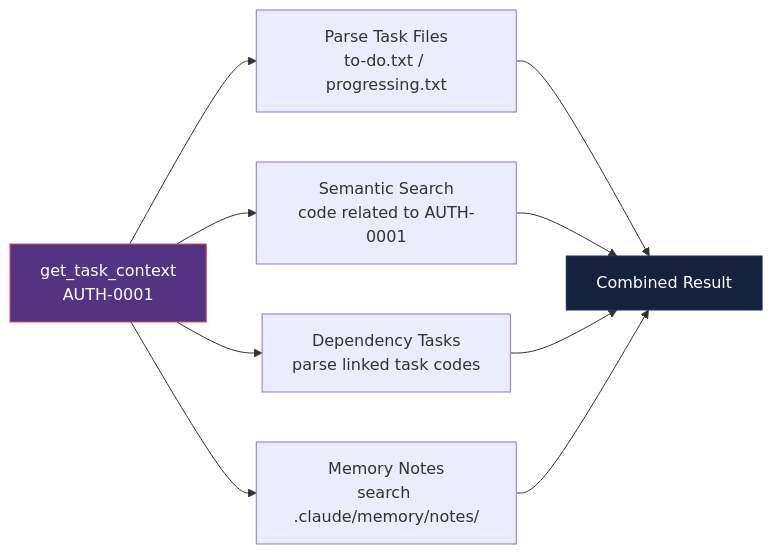
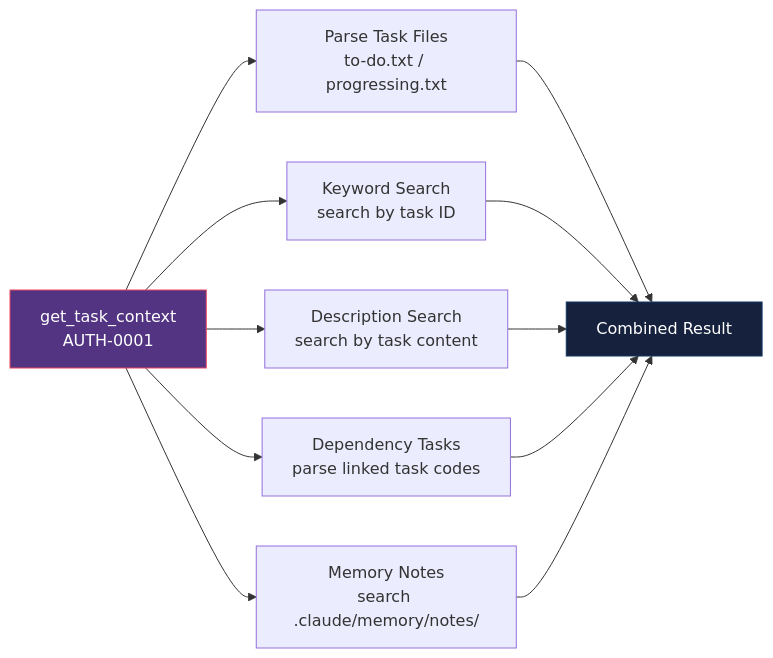
One commit to dnviti/claude-task-development-framework changed the seventh of 11 diagrams in docs/mcp-vector-memory.md. Above: the diagram before and after it, drawn with Mermaid. The commit also changed other lines of this file and 10 other files, not shown here.

````diff
--- a/docs/mcp-vector-memory.md
+++ b/docs/mcp-vector-memory.md
@@ -565,15 +615,17 @@
 ```mermaid
 flowchart LR
     TC["get_task_context<br>AUTH-0001"] --> TF["Parse Task Files<br>to-do.txt / progressing.txt"]
-    TC --> SS["Semantic Search<br>code related to AUTH-0001"]
+    TC --> SS1["Keyword Search<br>search by task ID"]
+    TC --> SS2["Description Search<br>search by task content"]
     TC --> DT["Dependency Tasks<br>parse linked task codes"]
     TC --> MN["Memory Notes<br>search .claude/memory/notes/"]
 
     TF --> R["Combined Result"]
-    SS --> R
+    SS1 --> R
+    SS2 --> R
     DT --> R
     MN --> R
 
     style TC fill:#533483,stroke:#e94560,color:#fff
     style R fill:#16213e,stroke:#0f3460,color:#fff
 ```
````
